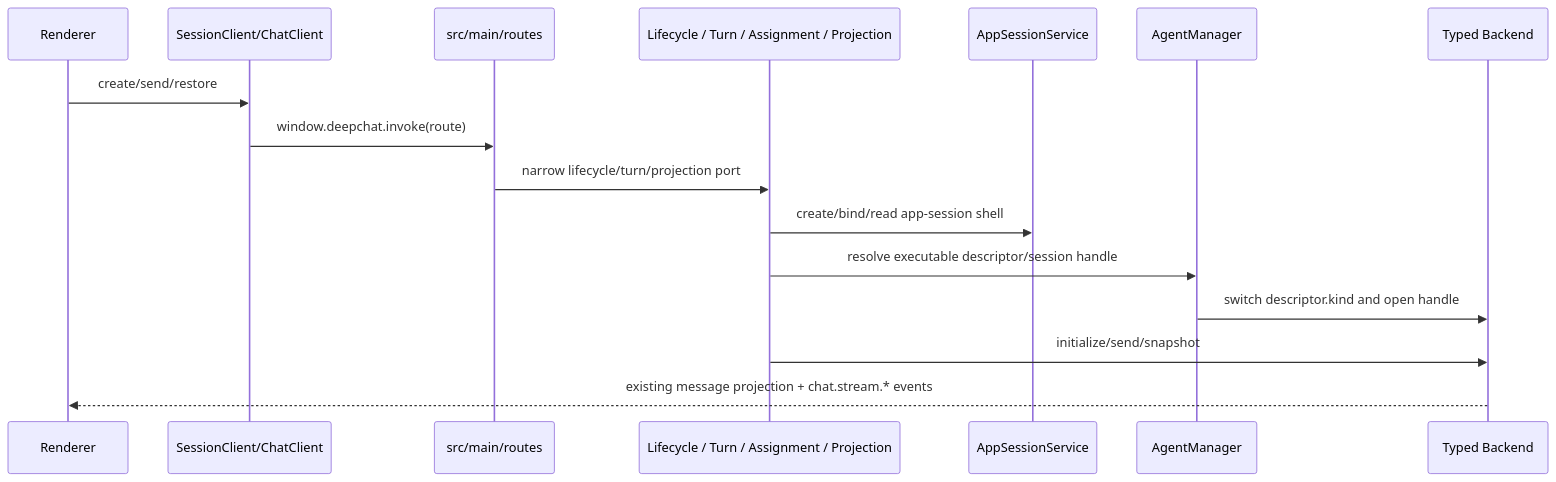
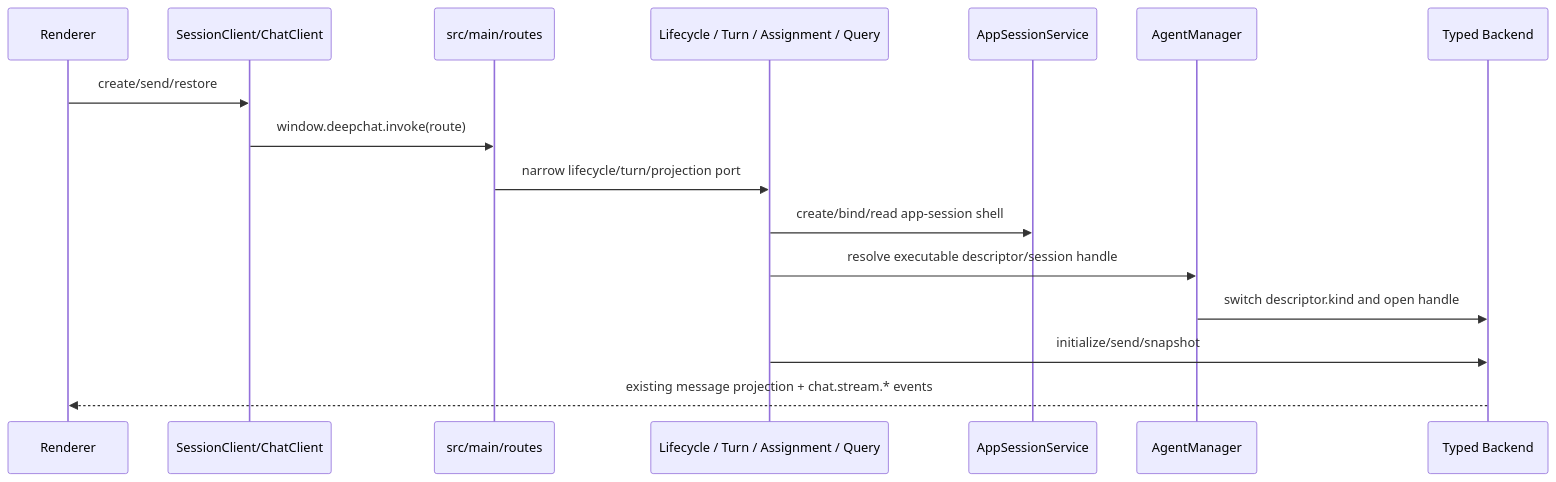
The first of 9 diagrams in docs/FLOWS.md (ThinkInAIXYZ/deepchat), drawn with Mermaid before and after one commit. The commit also changed other lines of this file and 42 other files, not shown here.

````diff
--- a/docs/FLOWS.md
+++ b/docs/FLOWS.md
@@ -8,19 +8,19 @@
 ```mermaid
 sequenceDiagram
     participant R as Renderer
     participant C as SessionClient/ChatClient
     participant Route as src/main/routes
-    participant App as Lifecycle / Turn / Assignment / Projection
+    participant App as Lifecycle / Turn / Assignment / Query
     participant S as AppSessionService
     participant M as AgentManager
     participant B as Typed Backend
 
     R->>C: create/send/restore
     C->>Route: window.deepchat.invoke(route)
     Route->>App: narrow lifecycle/turn/projection port
     App->>S: create/bind/read app-session shell
     App->>M: resolve executable descriptor/session handle
     M->>B: switch descriptor.kind and open handle
     App->>B: initialize/send/snapshot
     B-->>R: existing message projection + chat.stream.* events
 ```
````
